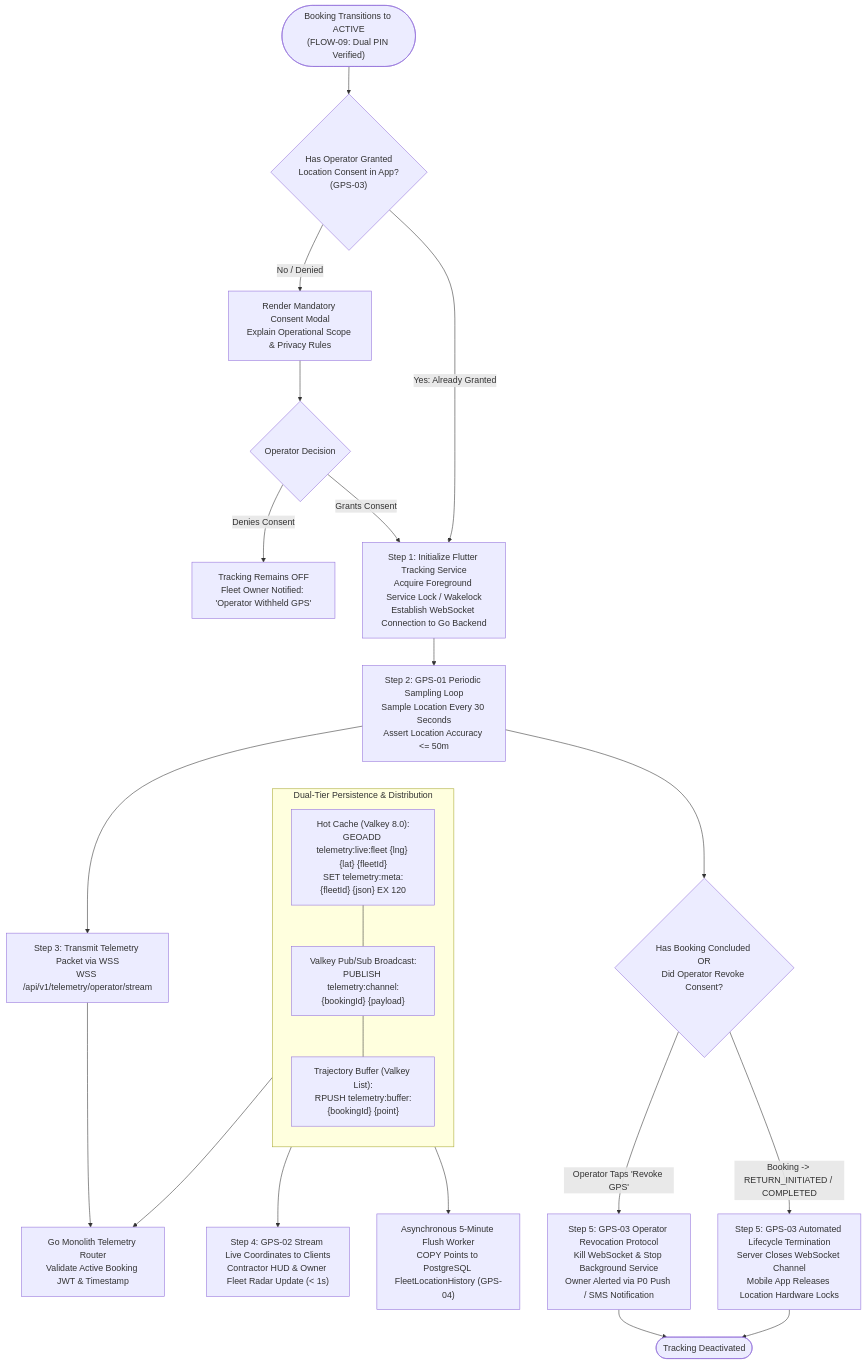
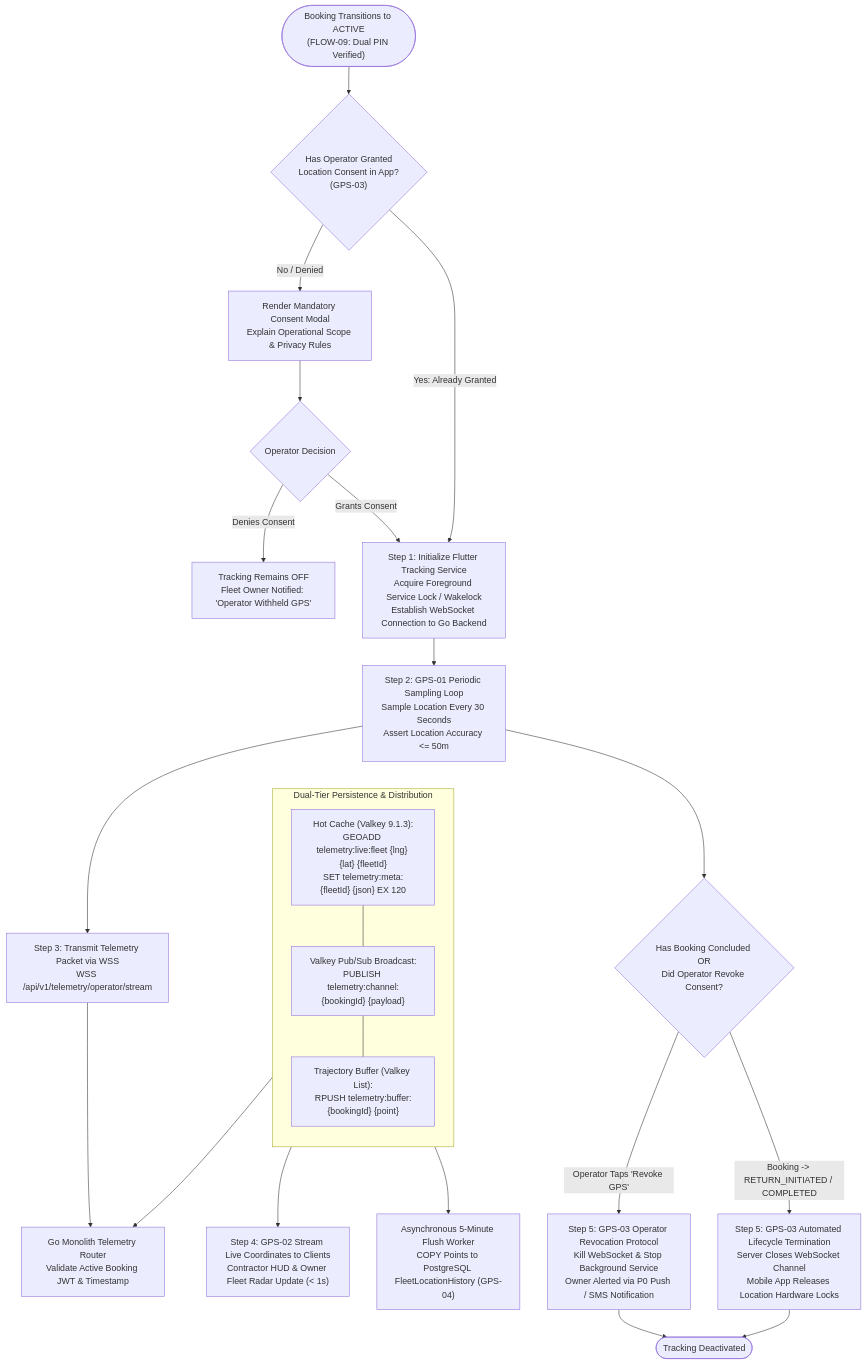
The first of 2 diagrams in docs/shared/requirements/05-12-operator-gps-tracking.md (YDink/Heavy-Machinery-Logistics-Rental), drawn with Mermaid before and after one commit. The commit also changed other lines of this file and 212 other files, not shown here.

````diff
--- a/docs/shared/requirements/05-12-operator-gps-tracking.md
+++ b/docs/shared/requirements/05-12-operator-gps-tracking.md
@@ -86,40 +86,40 @@
 ```mermaid
 flowchart TD
     HandoverSign(["Booking Transitions to ACTIVE<br/>(FLOW-09: Dual PIN Verified)"]) --> CheckConsent{"Has Operator Granted<br/>Location Consent in App?<br/>(GPS-03)"}
     
     CheckConsent -->|"No / Denied"| PromptConsent["Render Mandatory Consent Modal<br/>Explain Operational Scope & Privacy Rules"]
     PromptConsent --> AwaitConsent{"Operator Decision"}
     AwaitConsent -->|"Denies Consent"| TrackingDisabled["Tracking Remains OFF<br/>Fleet Owner Notified: 'Operator Withheld GPS'"]
     AwaitConsent -->|"Grants Consent"| InitializeTracking
     
     CheckConsent -->|"Yes: Already Granted"| InitializeTracking["Step 1: Initialize Flutter Tracking Service<br/>Acquire Foreground Service Lock / Wakelock<br/>Establish WebSocket Connection to Go Backend"]
     
     InitializeTracking --> TrackingLoop["Step 2: GPS-01 Periodic Sampling Loop<br/>Sample Location Every 30 Seconds<br/>Assert Location Accuracy <= 50m"]
     
     TrackingLoop --> TransmitSocket["Step 3: Transmit Telemetry Packet via WSS<br/>WSS /api/v1/telemetry/operator/stream"]
     
     TransmitSocket --> IngestBackend["Go Monolith Telemetry Router<br/>Validate Active Booking JWT & Timestamp"]
     
     IngressFork --> IngestBackend
     subgraph IngressFork["Dual-Tier Persistence & Distribution"]
         direction TB
-        HotTier["Hot Cache (Valkey 8.0):<br/>GEOADD telemetry:live:fleet {lng} {lat} {fleetId}<br/>SET telemetry:meta:{fleetId} {json} EX 120"]
+        HotTier["Hot Cache (Valkey 9.1.3):<br/>GEOADD telemetry:live:fleet {lng} {lat} {fleetId}<br/>SET telemetry:meta:{fleetId} {json} EX 120"]
         PubSub["Valkey Pub/Sub Broadcast:<br/>PUBLISH telemetry:channel:{bookingId} {payload}"]
         BatchBuffer["Trajectory Buffer (Valkey List):<br/>RPUSH telemetry:buffer:{bookingId} {point}"]
         
         HotTier --- PubSub --- BatchBuffer
     end
     
     PubSub --> LiveStream["Step 4: GPS-02 Stream Live Coordinates to Clients<br/>Contractor HUD & Owner Fleet Radar Update (< 1s)"]
     
     BatchBuffer --> CronFlush["Asynchronous 5-Minute Flush Worker<br/>COPY Points to PostgreSQL FleetLocationHistory (GPS-04)"]
     
     TrackingLoop --> LifecycleCheck{"Has Booking Concluded OR<br/>Did Operator Revoke Consent?"}
     
     LifecycleCheck -->|"Operator Taps 'Revoke GPS'"| HandleRevoke["Step 5: GPS-03 Operator Revocation Protocol<br/>Kill WebSocket & Stop Background Service<br/>Owner Alerted via P0 Push / SMS Notification"]
     
     LifecycleCheck -->|"Booking -> RETURN_INITIATED / COMPLETED"| AutoTerminate["Step 5: GPS-03 Automated Lifecycle Termination<br/>Server Closes WebSocket Channel<br/>Mobile App Releases Location Hardware Locks"]
     
     HandleRevoke --> TerminatedState(["Tracking Deactivated"])
     AutoTerminate --> TerminatedState
 ```
````
